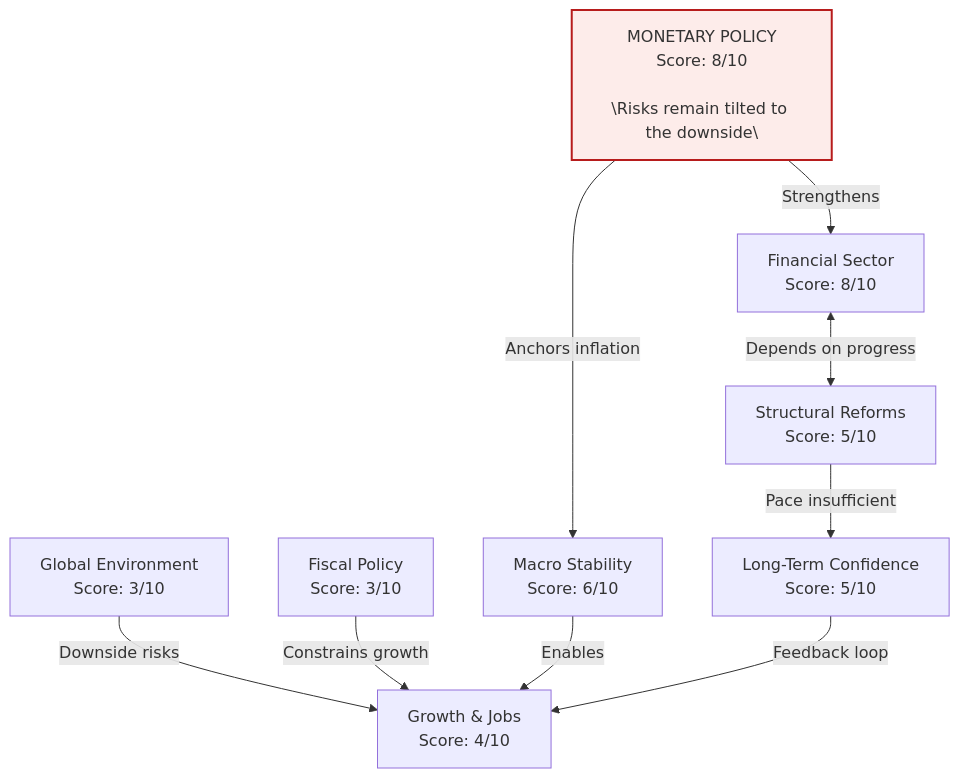
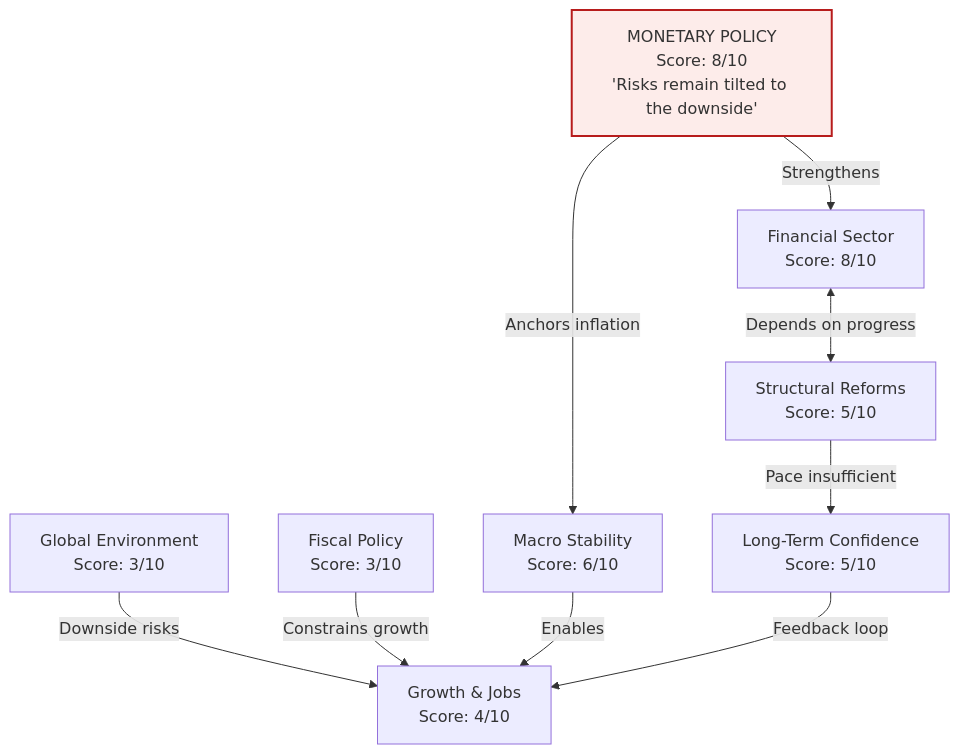
Before and after one commit to Tellusant/docs: the diagram in articles-posts/economic-sentiment-zaf.md, drawn with Mermaid.

```diff
--- a/articles-posts/economic-sentiment-zaf.md
+++ b/articles-posts/economic-sentiment-zaf.md
@@ -11,22 +11,22 @@
 <div class="mermaid">
 flowchart TD
     GE["Global Environment\nScore: 3/10"]
     FP["Fiscal Policy\nScore: 3/10"]
     GJ["Growth & Jobs\nScore: 4/10"]
-    MP["MONETARY POLICY\nScore: 8/10\n\n\"Risks remain tilted to the downside\""]:::risk
+    MP["MONETARY POLICY\nScore: 8/10\n'Risks remain tilted to the downside'"]:::risk
     MS["Macro Stability\nScore: 6/10"]
     FS["Financial Sector\nScore: 8/10"]
     SR["Structural Reforms\nScore: 5/10"]
     LC["Long-Term Confidence\nScore: 5/10"]
 
     GE -->|Downside risks| GJ
     FP -->|Constrains growth| GJ
     MP -->|Anchors inflation| MS
     MS -->|Enables| GJ
     MP -->|Strengthens| FS
     FS <-->|Depends on progress| SR
     SR -->|Pace insufficient| LC
     LC -->|Feedback loop| GJ
 
     classDef risk fill:#fdecea,stroke:#b71c1c,stroke-width:2px
 </div>
```
